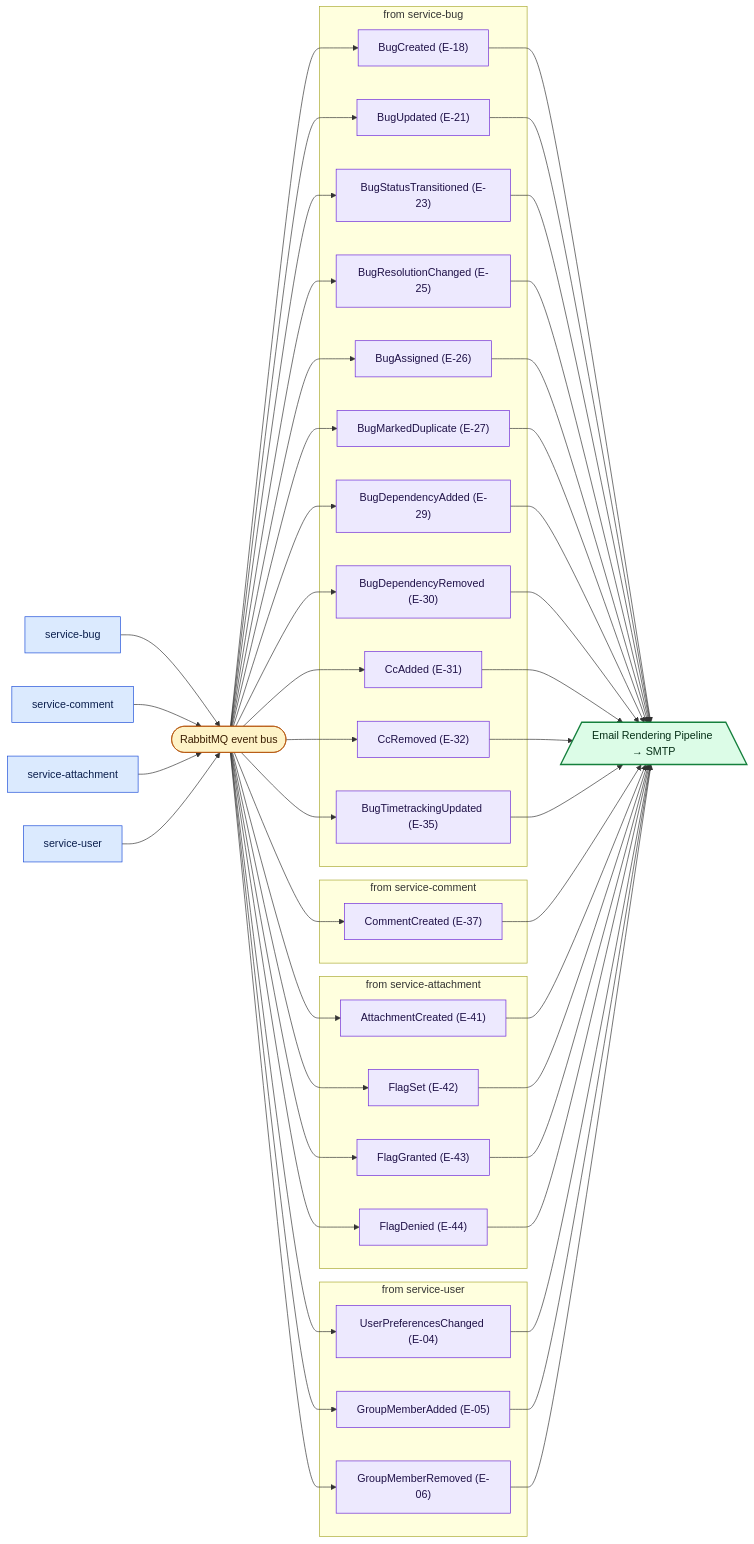
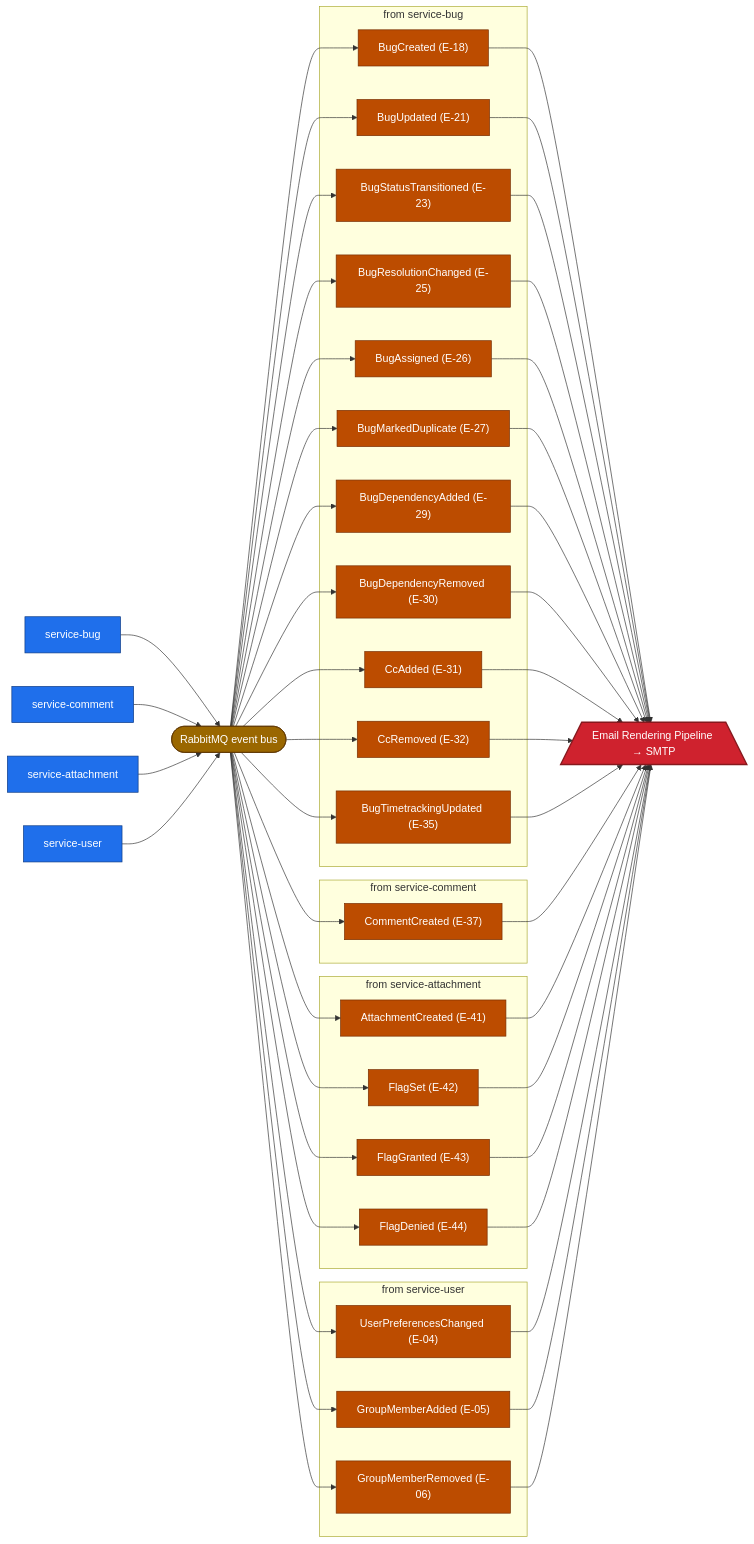
The second of 2 diagrams in c4/component-notification.md (josh289/discovery-docs-example), drawn with Mermaid before and after one commit. The commit also changed 5 other files, not shown here.

First line of the commit message:
events+styling: convert ASCII flows to Mermaid + dark-mode palette

````diff
--- a/c4/component-notification.md
+++ b/c4/component-notification.md
@@ -90,9 +90,9 @@
 ```mermaid
 flowchart LR
-    classDef producer fill:#dbeafe,stroke:#1d4ed8,color:#0b1f4d,stroke-width:1px
-    classDef bus fill:#fef3c7,stroke:#b45309,color:#3a1d00,stroke-width:1px
-    classDef event fill:#ede9fe,stroke:#6d28d9,color:#1f1147,stroke-width:1px
-    classDef terminal fill:#dcfce7,stroke:#15803d,color:#052e16,stroke-width:2px
+    classDef producer fill:#1f6feb,stroke:#0d3a82,color:#ffffff,stroke-width:1px
+    classDef bus fill:#9a6700,stroke:#5e3500,color:#ffffff,stroke-width:1px
+    classDef event fill:#bc4c00,stroke:#762c00,color:#ffffff,stroke-width:1px
+    classDef terminal fill:#cf222e,stroke:#86181d,color:#ffffff,stroke-width:2px
 
     sb["service-bug"]:::producer
     sc["service-comment"]:::producer
````
